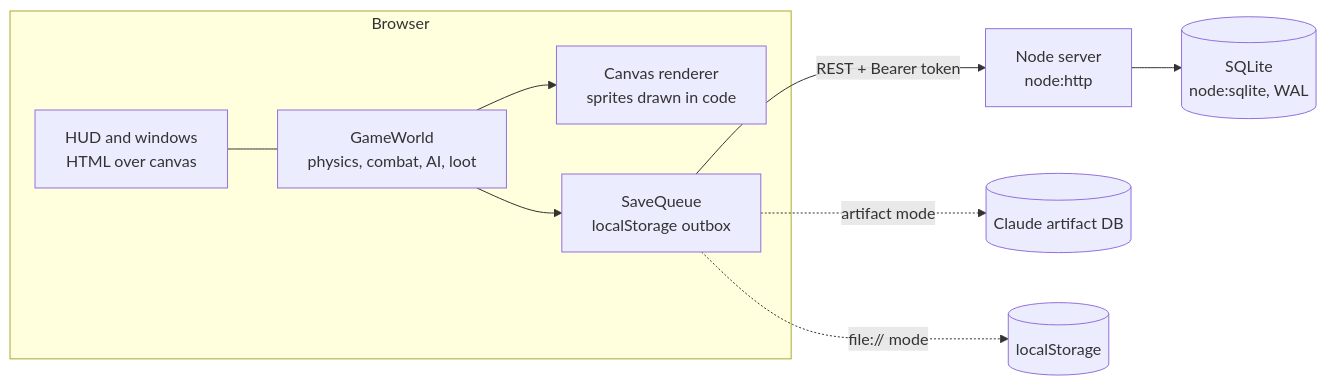
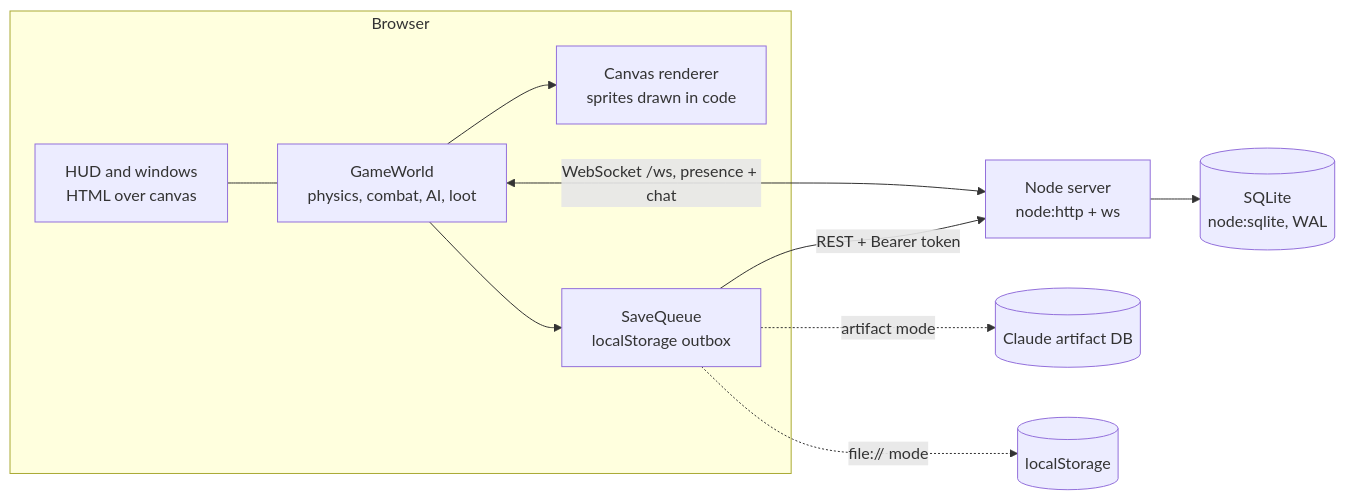
One commit to hoangtd185/ghost-gate-rpg changed the diagram in docs/ARCHITECTURE.md. Above: the diagram before and after it, drawn with Mermaid. The commit also changed other lines of this file and 14 other files, not shown here.

````diff
--- a/docs/ARCHITECTURE.md
+++ b/docs/ARCHITECTURE.md
@@ -11,12 +11,13 @@
 ```mermaid
 flowchart LR
   subgraph Browser
     UI[HUD and windows<br/>HTML over canvas] --- W[GameWorld<br/>physics, combat, AI, loot]
     W --> R[Canvas renderer<br/>sprites drawn in code]
     W --> Q[SaveQueue<br/>localStorage outbox]
   end
-  Q -- REST + Bearer token --> S[Node server<br/>node:http]
+  Q -- REST + Bearer token --> S[Node server<br/>node:http + ws]
+  W <-->|WebSocket /ws, presence + chat| S
   S --> DB[(SQLite<br/>node:sqlite, WAL)]
   Q -. artifact mode .-> C[(Claude artifact DB)]
   Q -. file:// mode .-> L[(localStorage)]
 ```
````
